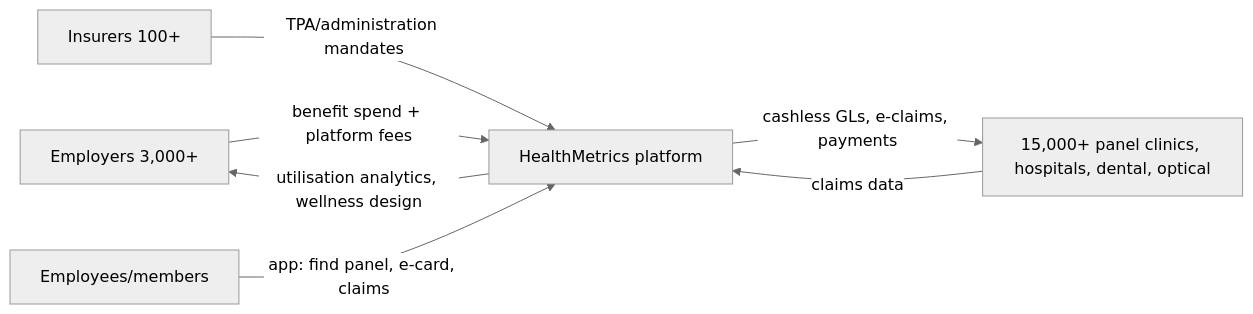
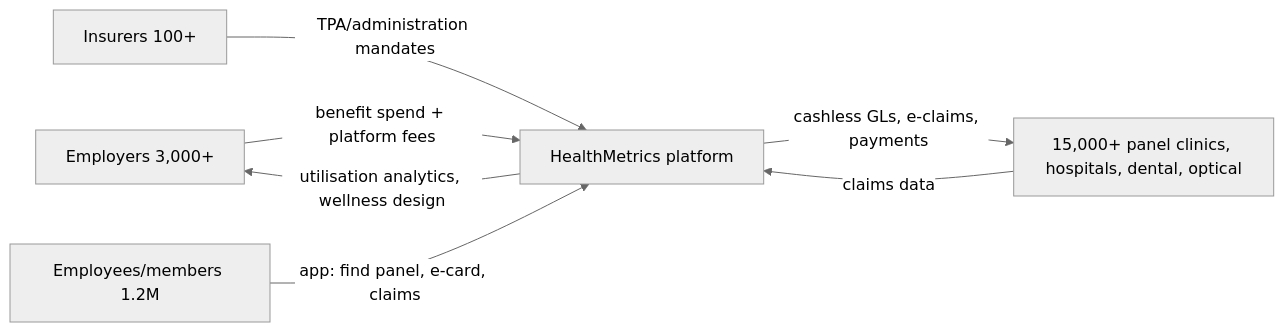
One commit to r0yb0ymana/Asia-Market-Research changed the diagram in welltech-intelligence/20-competitor-dossiers/healthmetrics.md. Above: the diagram before and after it, drawn with Mermaid (neutral theme). The commit also changed other lines of this file and 7 other files, not shown here.

````diff
--- a/welltech-intelligence/20-competitor-dossiers/healthmetrics.md
+++ b/welltech-intelligence/20-competitor-dossiers/healthmetrics.md
@@ -64,9 +88,9 @@
 ```mermaid
 flowchart LR
   E[Employers 3,000+] -->|benefit spend + platform fees| HM[HealthMetrics platform]
   I[Insurers 100+] -->|TPA/administration mandates| HM
   HM -->|cashless GLs, e-claims, payments| P[15,000+ panel clinics, hospitals, dental, optical]
   P -->|claims data| HM
   HM -->|utilisation analytics, wellness design| E
-  M[Employees/members] -->|app: find panel, e-card, claims| HM
+  M[Employees/members 1.2M] -->|app: find panel, e-card, claims| HM
 ```
````
